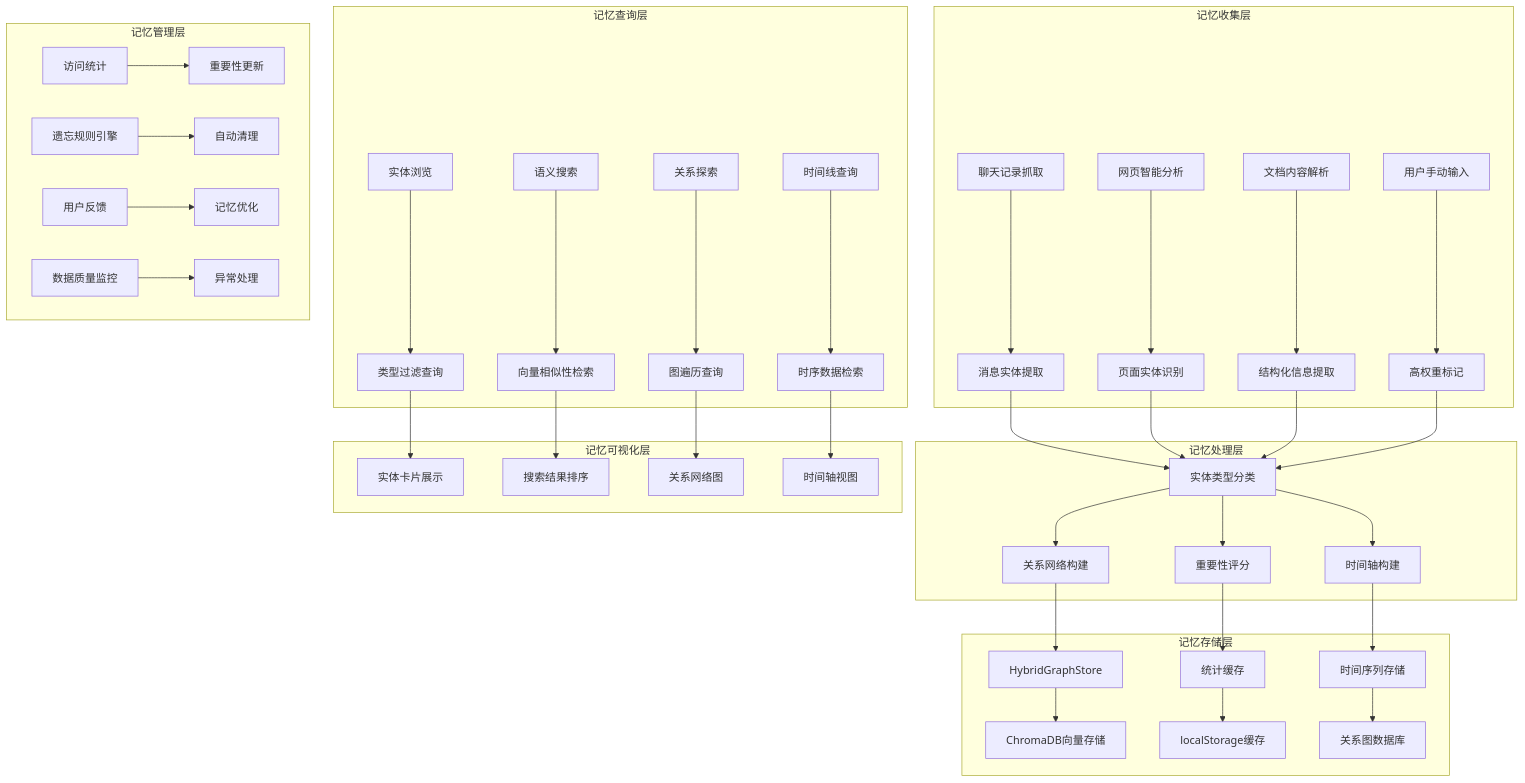
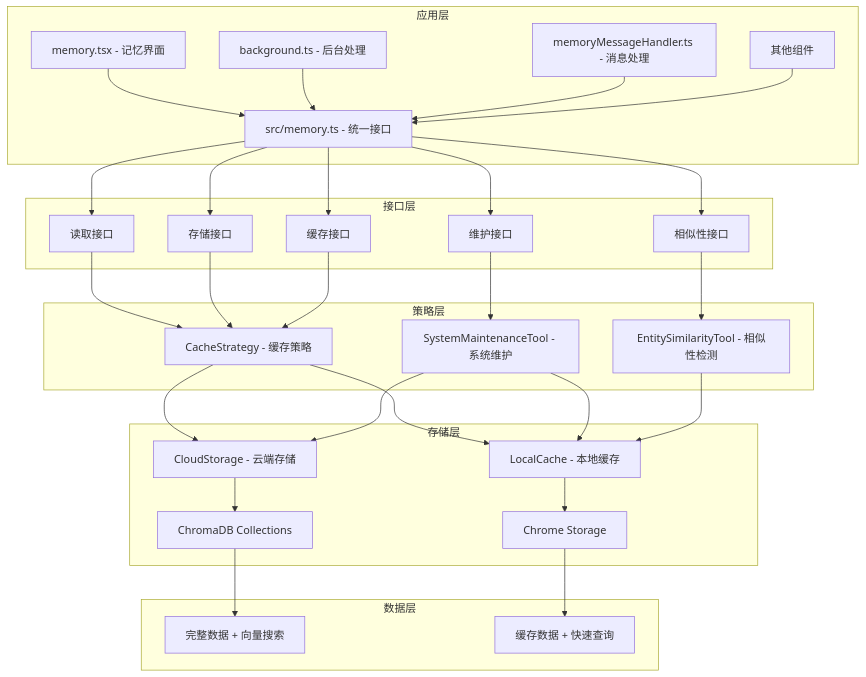
Before and after one commit to ee01/Personal-AI: the first of 2 diagrams in docs/features/memory_system.md, drawn with Mermaid. The commit also changed other lines of this file and 27 other files, not shown here.

Commit message:
记忆系统重构, todo: background: handleMemoryMessage

````diff
--- a/docs/features/memory_system.md
+++ b/docs/features/memory_system.md
@@ -11,49 +23,40 @@
 ```mermaid
 graph TB
-    subgraph "记忆收集层"
-        A1[聊天记录抓取] --> B1[消息实体提取]
-        A2[网页智能分析] --> B2[页面实体识别]
-        A3[文档内容解析] --> B3[结构化信息提取]
-        A4[用户手动输入] --> B4[高权重标记]
+    subgraph "应用层"
+        A1[memory.tsx - 记忆界面] --> B1[统一接口层]
+        A2[background.ts - 后台处理] --> B1
+        A3[memoryMessageHandler.ts - 消息处理] --> B1
+        A4[其他组件] --> B1
     end
     
-    subgraph "记忆处理层"
-        B1 --> C1[实体类型分类]
-        B2 --> C1
-        B3 --> C1
-        B4 --> C1
-        C1 --> C2[关系网络构建]
-        C1 --> C3[重要性评分]
-        C1 --> C4[时间轴构建]
+    subgraph "接口层"
+        B1[src/memory.ts - 统一接口] --> C1[读取接口]
+        B1 --> C2[存储接口] 
+        B1 --> C3[缓存接口]
+        B1 --> C4[维护接口]
+        B1 --> C5[相似性接口]
     end
     
-    subgraph "记忆存储层"
-        C2 --> D1[HybridGraphStore]
-        C3 --> D2[统计缓存]
-        C4 --> D3[时间序列存储]
-        D1 --> D4[ChromaDB向量存储]
-        D2 --> D5[localStorage缓存]
-        D3 --> D6[关系图数据库]
+    subgraph "策略层"
+        C1 --> D1[CacheStrategy - 缓存策略]
+        C2 --> D1
+        C3 --> D1
+        C4 --> D2[SystemMaintenanceTool - 系统维护]
+        C5 --> D3[EntitySimilarityTool - 相似性检测]
     end
     
-    subgraph "记忆查询层"
-        E1[实体浏览] --> F1[类型过滤查询]
-        E2[语义搜索] --> F2[向量相似性检索]
-        E3[关系探索] --> F3[图遍历查询]
-        E4[时间线查询] --> F4[时序数据检索]
+    subgraph "存储层"
+        D1 --> E1[CloudStorage - 云端存储]
+        D1 --> E2[LocalCache - 本地缓存]
+        D2 --> E1
+        D2 --> E2
+        D3 --> E2
+        E1 --> F1[ChromaDB Collections]
+        E2 --> F2[Chrome Storage]
     end
     
-    subgraph "记忆可视化层"
-        F1 --> G1[实体卡片展示]
-        F2 --> G2[搜索结果排序]
-        F3 --> G3[关系网络图]
-        F4 --> G4[时间轴视图]
-    end
-    
-    subgraph "记忆管理层"
-        H1[访问统计] --> I1[重要性更新]
-        H2[遗忘规则引擎] --> I2[自动清理]
-        H3[用户反馈] --> I3[记忆优化]
-        H4[数据质量监控] --> I4[异常处理]
+    subgraph "数据层"
+        F1 --> G1[完整数据 + 向量搜索]
+        F2 --> G2[缓存数据 + 快速查询]
     end
 ```
````
